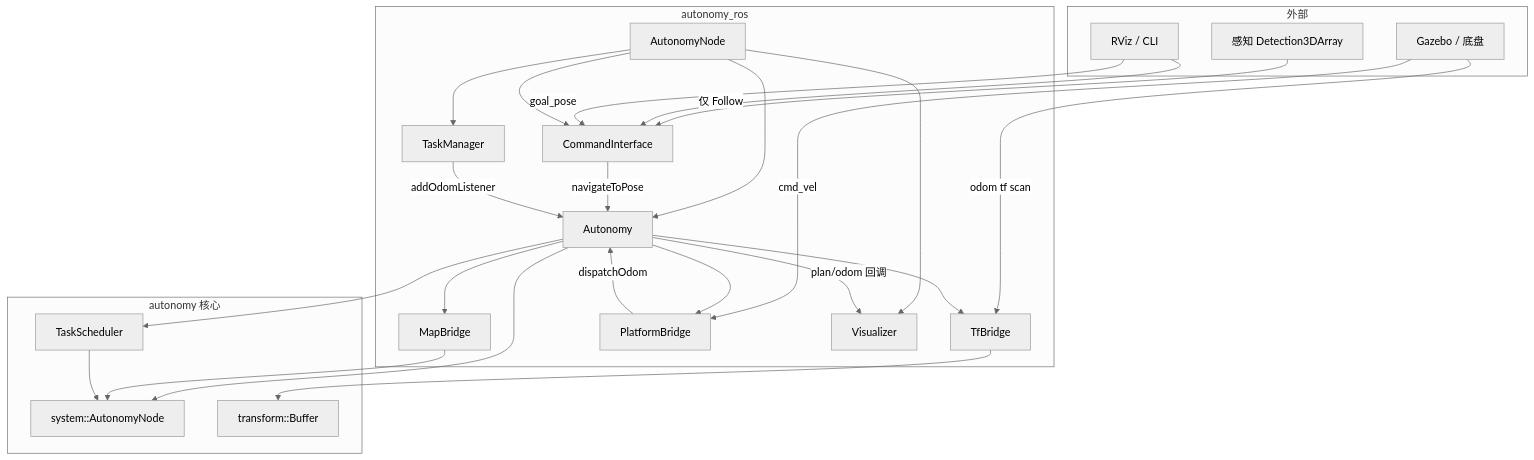
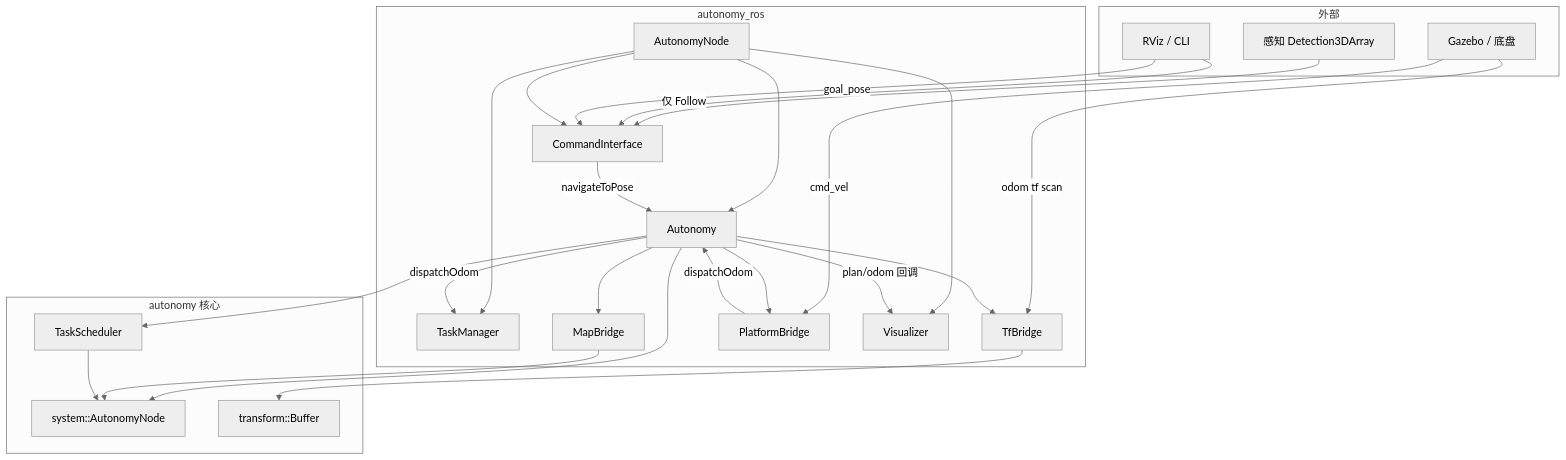
One commit to quandy2020/autonomy_ros changed the first of 6 diagrams in autonomy_ros/docs/architecture.md. Above: the diagram before and after it, drawn with Mermaid (neutral theme). The commit also changed other lines of this file and 36 other files, not shown here.

````diff
--- a/autonomy_ros/docs/architecture.md
+++ b/autonomy_ros/docs/architecture.md
@@ -49,48 +53,48 @@
 ```mermaid
 flowchart TB
   subgraph external ["外部"]
     RViz[RViz / CLI]
     GZ[Gazebo / 底盘]
     PERC[感知 Detection3DArray]
   end
 
   subgraph ros_pkg ["autonomy_ros"]
     AN[AutonomyNode]
     TM[TaskManager]
     A[Autonomy]
     TB[TfBridge]
     MB[MapBridge]
     PB[PlatformBridge]
     CI[CommandInterface]
     VZ[Visualizer]
   end
 
   subgraph core_pkg ["autonomy 核心"]
     SN[system::AutonomyNode]
     BUF[transform::Buffer]
     TS[TaskScheduler]
   end
 
   GZ -->|odom tf scan| TB
   GZ -->|cmd_vel| PB
   PERC -->|仅 Follow| CI
   RViz --> CI
   RViz -->|goal_pose| CI
 
   AN --> TM
   AN --> A
   AN --> CI
   AN --> VZ
   A --> TB
   A --> MB
   A --> PB
   A --> SN
   A --> TS
   TB --> BUF
   MB --> SN
   PB -->|dispatchOdom| A
   CI -->|navigateToPose| A
   A -->|plan/odom 回调| VZ
-  TM -->|addOdomListener| A
+  A -->|dispatchOdom| TM
   TS --> SN
 ```
````
